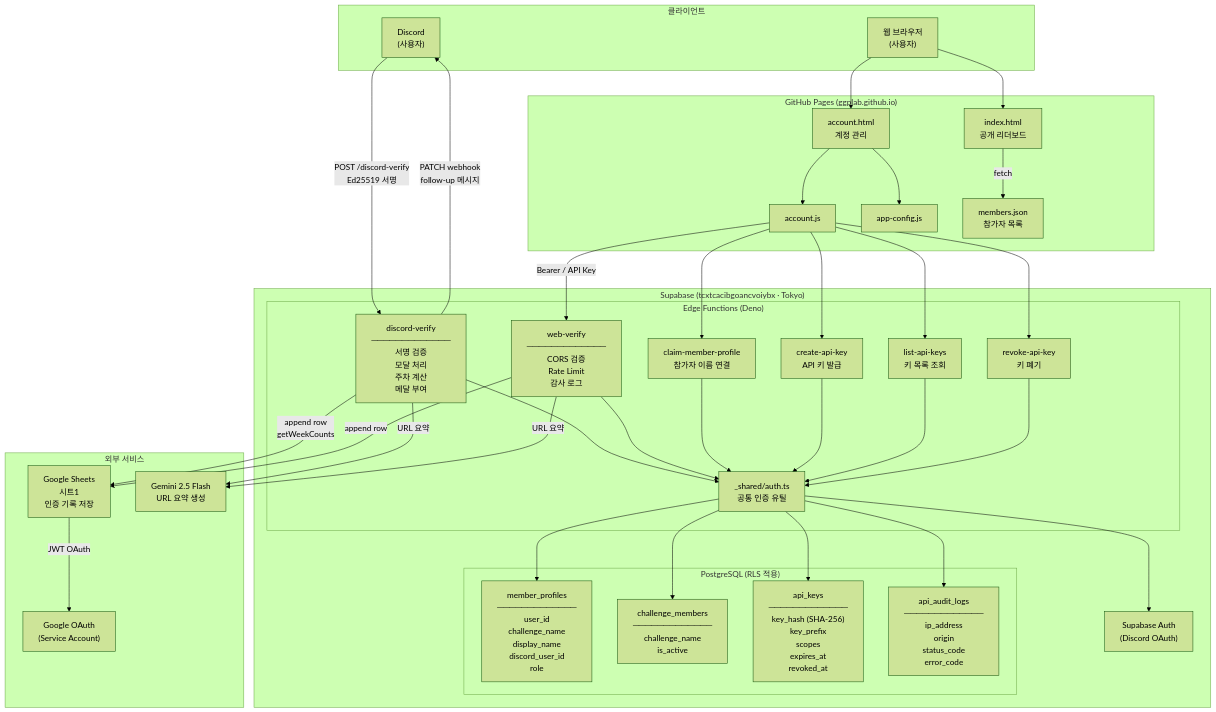
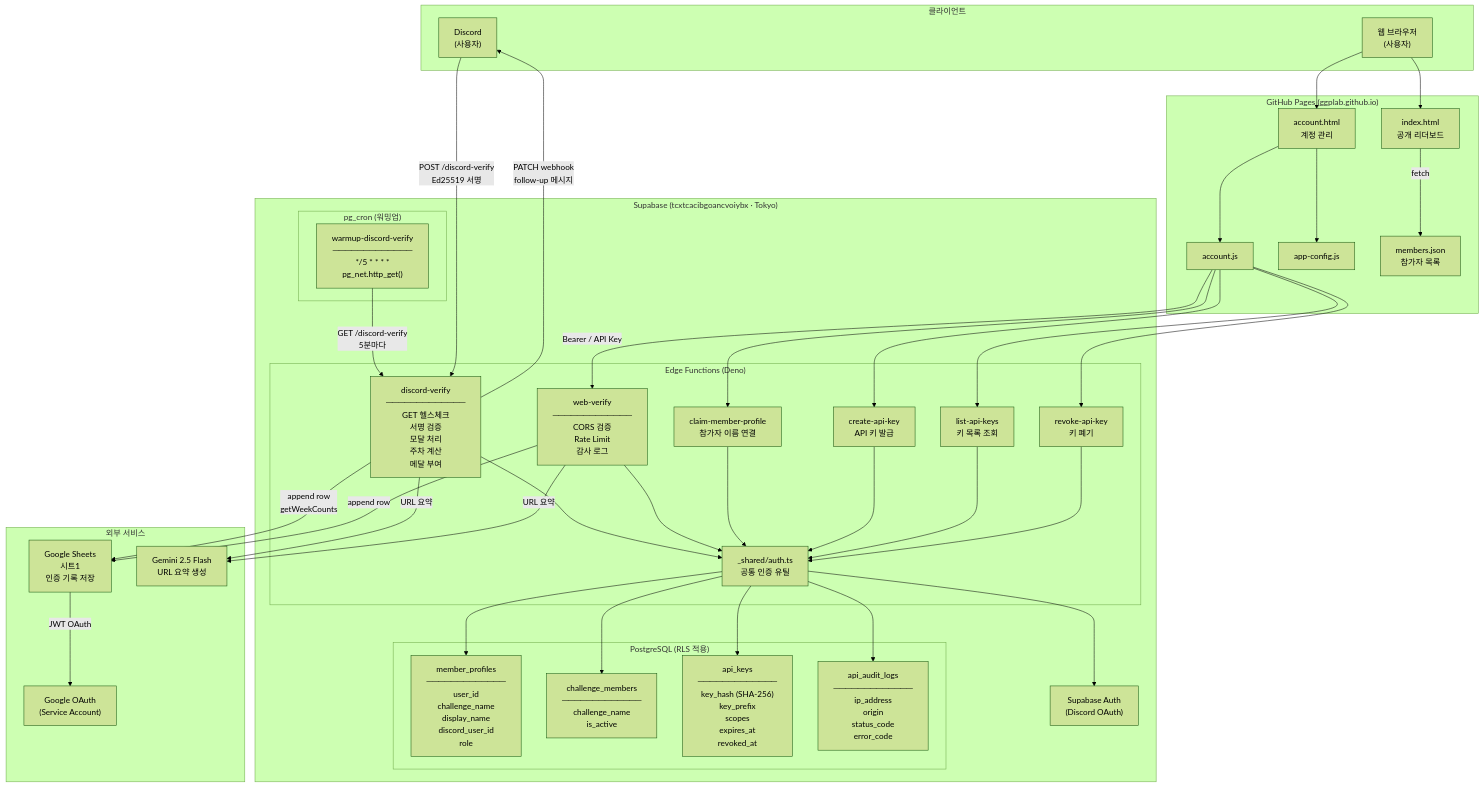
Before and after one commit to ggplab/content_designer_challenge: the second of 3 diagrams in docs/architecture.md, drawn with Mermaid (forest theme). The commit also changed 1 other file, not shown here.

Commit message:
docs: update 2026-03-17 release notes — discord-verify warmup cron

```diff
--- a/docs/architecture.md
+++ b/docs/architecture.md
@@ -81,13 +81,16 @@
 
     subgraph SUPABASE["Supabase (tcxtcacibgoancvoiybx · Tokyo)"]
         subgraph EDGE["Edge Functions (Deno)"]
-            DV["discord-verify\n─────────────\n서명 검증\n모달 처리\n주차 계산\n메달 부여"]
+            DV["discord-verify\n─────────────\nGET 헬스체크\n서명 검증\n모달 처리\n주차 계산\n메달 부여"]
             WV["web-verify\n─────────────\nCORS 검증\nRate Limit\n감사 로그"]
             CLAIM["claim-member-profile\n참가자 이름 연결"]
             CKEY["create-api-key\nAPI 키 발급"]
             LKEY["list-api-keys\n키 목록 조회"]
             RKEY["revoke-api-key\n키 폐기"]
             SHARED["_shared/auth.ts\n공통 인증 유틸"]
+        end
+        subgraph CRON["pg_cron (워밍업)"]
+            WARMUP["warmup-discord-verify\n─────────────\n*/5 * * * *\npg_net.http_get()"]
         end
         subgraph DB["PostgreSQL (RLS 적용)"]
             MP["member_profiles\n─────────────\nuser_id\nchallenge_name\ndisplay_name\ndiscord_user_id\nrole"]
@@ -103,6 +106,9 @@
         GM["Gemini 2.5 Flash\nURL 요약 생성"]
         GAUTH["Google OAuth\n(Service Account)"]
     end
+
+    %% Cron → Edge Functions (워밍업)
+    WARMUP -->|"GET /discord-verify\n5분마다"| DV
 
     %% 클라이언트 → Edge Functions
     DISCORD -->|"POST /discord-verify\nEd25519 서명"| DV
```
